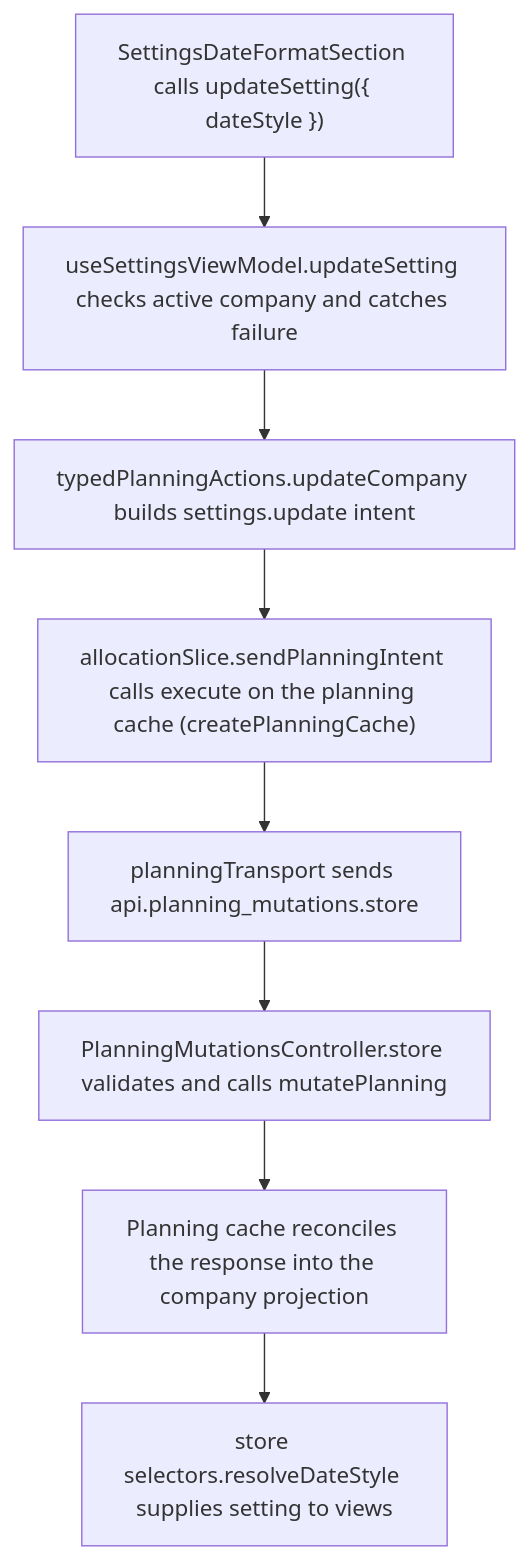
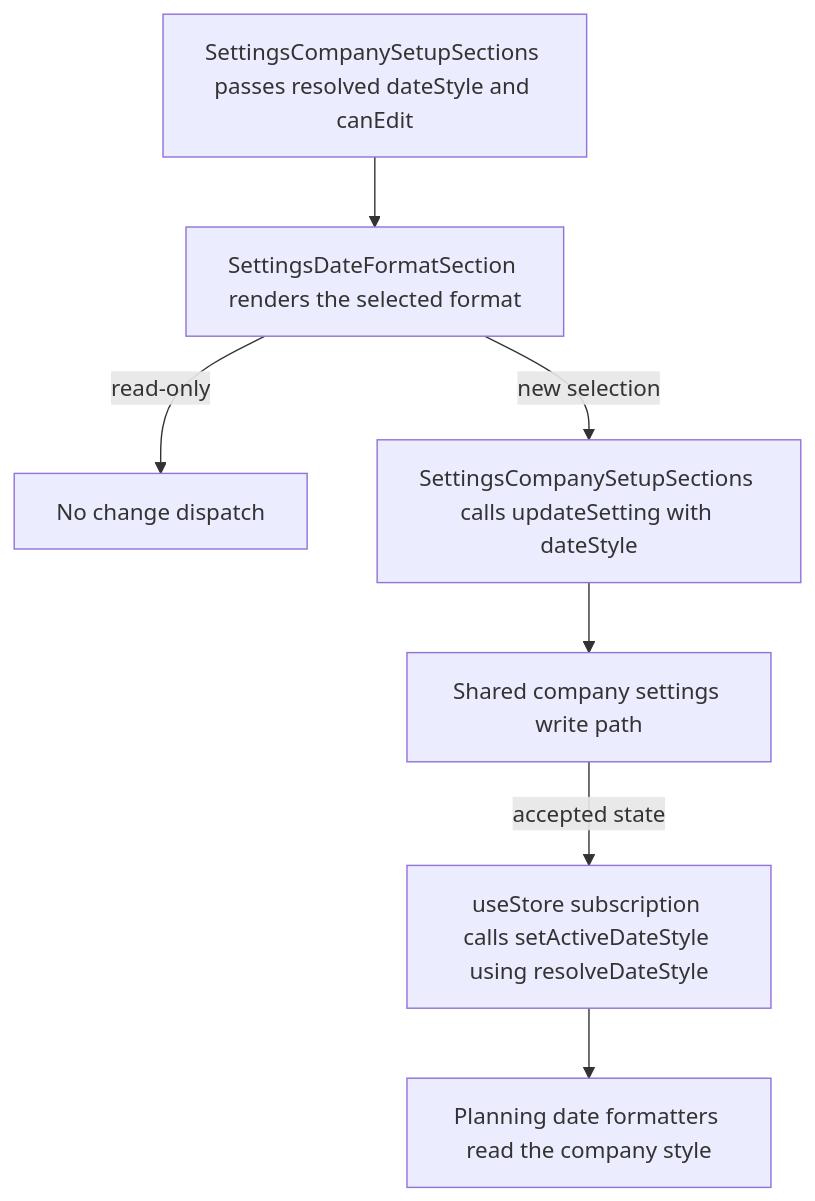
One commit to Kevinjohn/capacitylens changed the second of 2 diagrams in user-stories/settings/US-SET-17-date-style.md. Above: the diagram before and after it, drawn with Mermaid. The commit also changed other lines of this file and 172 other files, not shown here.

Commit message:
docs: reconcile user story code flows with source

````diff
--- a/user-stories/settings/US-SET-17-date-style.md
+++ b/user-stories/settings/US-SET-17-date-style.md
@@ -29,10 +31,9 @@
 ```mermaid
 flowchart TD
-  control["SettingsDateFormatSection calls updateSetting({ dateStyle })"] --> view["useSettingsViewModel.updateSetting checks active company and catches failure"]
-  view --> action["typedPlanningActions.updateCompany builds settings.update intent"]
-  action --> execute["allocationSlice.sendPlanningIntent calls execute on the planning cache (createPlanningCache)"]
-  execute --> transport["planningTransport sends api.planning_mutations.store"]
-  transport --> route["PlanningMutationsController.store validates and calls mutatePlanning"]
-  route --> reply["Planning cache reconciles the response into the company projection"]
-  reply --> read["store selectors.resolveDateStyle supplies setting to views"]
+  view["SettingsCompanySetupSections passes resolved dateStyle and canEdit"] --> picker["SettingsDateFormatSection renders the selected format"]
+  picker -->|read-only| disabled["No change dispatch"]
+  picker -->|new selection| patch["SettingsCompanySetupSections calls updateSetting with dateStyle"]
+  patch --> write["Shared company settings write path"]
+  write -->|accepted state| mirror["useStore subscription calls setActiveDateStyle using resolveDateStyle"]
+  mirror --> dates["Planning date formatters read the company style"]
 ```
````
